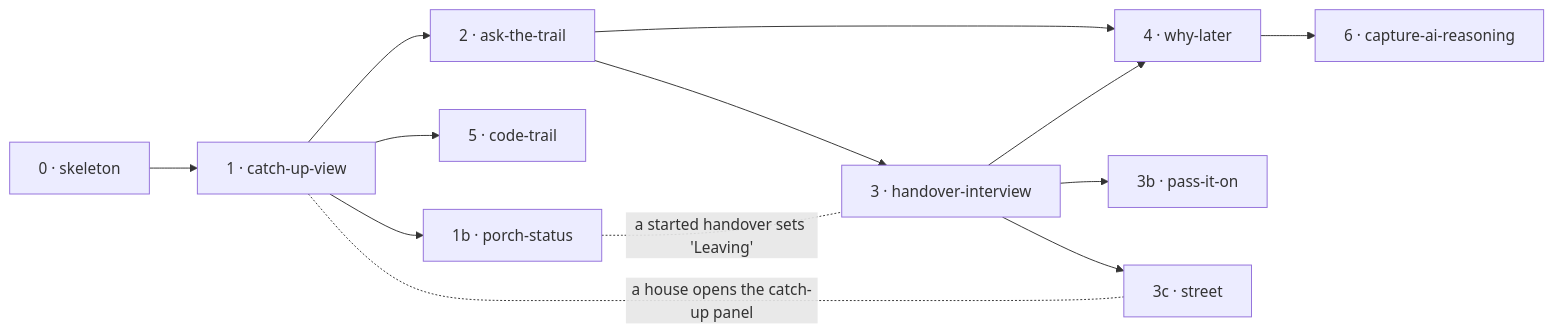
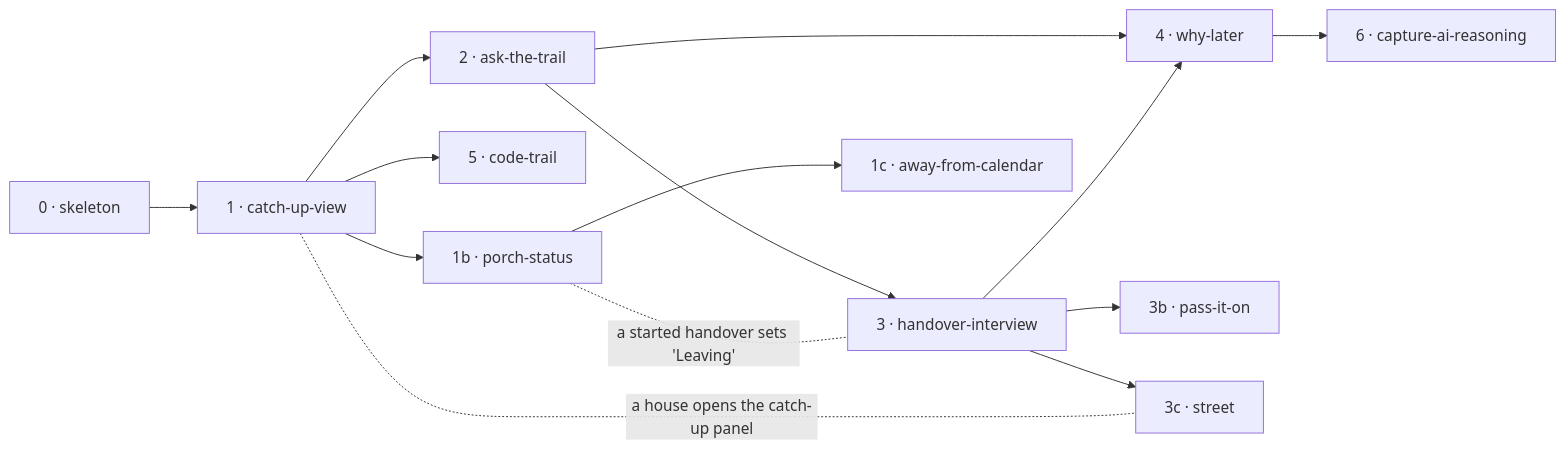
The second of 4 diagrams in docs/specs/knowledge-handover/shape.md (dzaffren/porchlight), drawn with Mermaid before and after one commit. The commit also changed other lines of this file and 35 other files, not shown here.

````diff
--- a/docs/specs/knowledge-handover/shape.md
+++ b/docs/specs/knowledge-handover/shape.md
@@ -46,11 +46,12 @@
 ```mermaid
 flowchart LR
   S0["0 · skeleton"] --> S1["1 · catch-up-view"] --> S2["2 · ask-the-trail"] --> S4["4 · why-later"] --> S6["6 · capture-ai-reasoning"]
   S2 --> S3["3 · handover-interview"] --> S4
   S1 --> S5["5 · code-trail"]
   S1 --> SP["1b · porch-status"]
+  SP --> AC["1c · away-from-calendar"]
   SP -. "a started handover sets 'Leaving'" .- S3
   S3 --> PI["3b · pass-it-on"]
   S3 --> ST["3c · street"]
   S1 -. "a house opens the catch-up panel" .- ST
 ```
````
